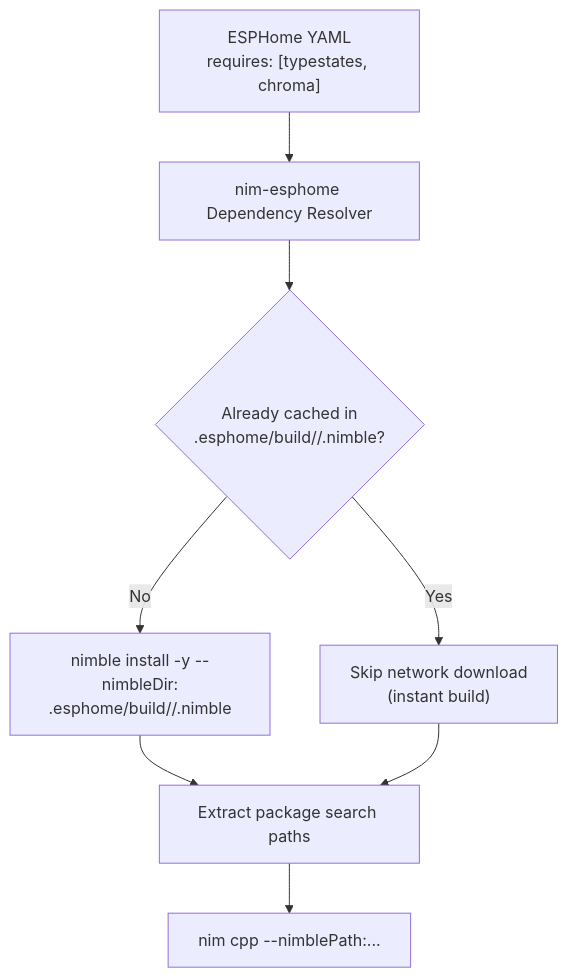
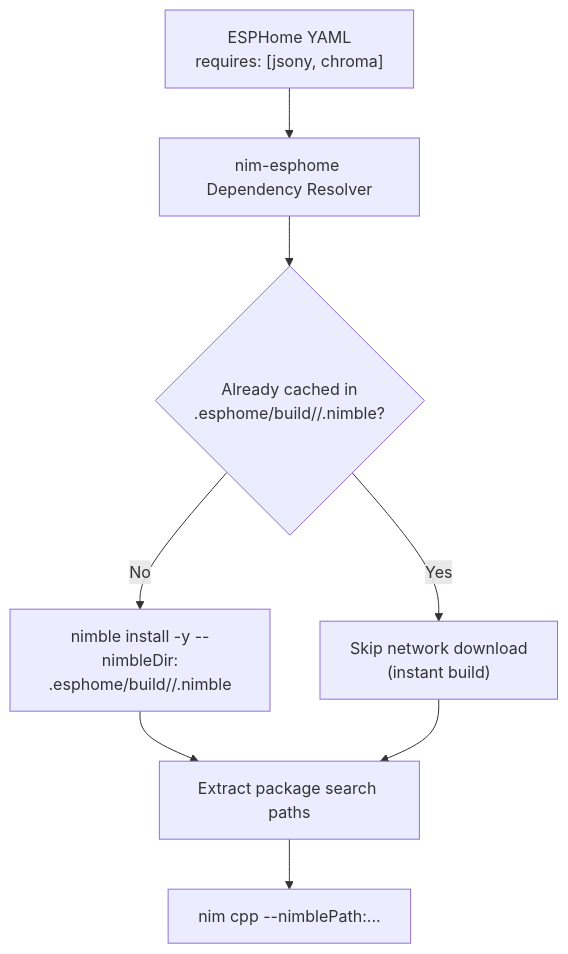
Before and after one commit to axiomantic/nim-esphome: the diagram in docs/guides/dependencies.md, drawn with Mermaid. The commit also changed other lines of this file and 12 other files, not shown here.

````diff
--- a/docs/guides/dependencies.md
+++ b/docs/guides/dependencies.md
@@ -33,10 +33,10 @@
 ```mermaid
 flowchart TD
-    YAML["ESPHome YAML<br/>requires: [typestates, chroma]"] --> Resolver["nim-esphome Dependency Resolver"]
+    YAML["ESPHome YAML<br/>requires: [jsony, chroma]"] --> Resolver["nim-esphome Dependency Resolver"]
     Resolver --> Check{"Already cached in<br/>.esphome/build/<node>/.nimble?"}
     Check -->|No| Install["nimble install -y --nimbleDir:<br/>.esphome/build/<node>/.nimble"]
     Check -->|Yes| Skip["Skip network download<br/>(instant build)"]
     Install --> Paths["Extract package search paths"]
     Skip --> Paths
     Paths --> Transpile["nim cpp --nimblePath:..."]
 ```
````
